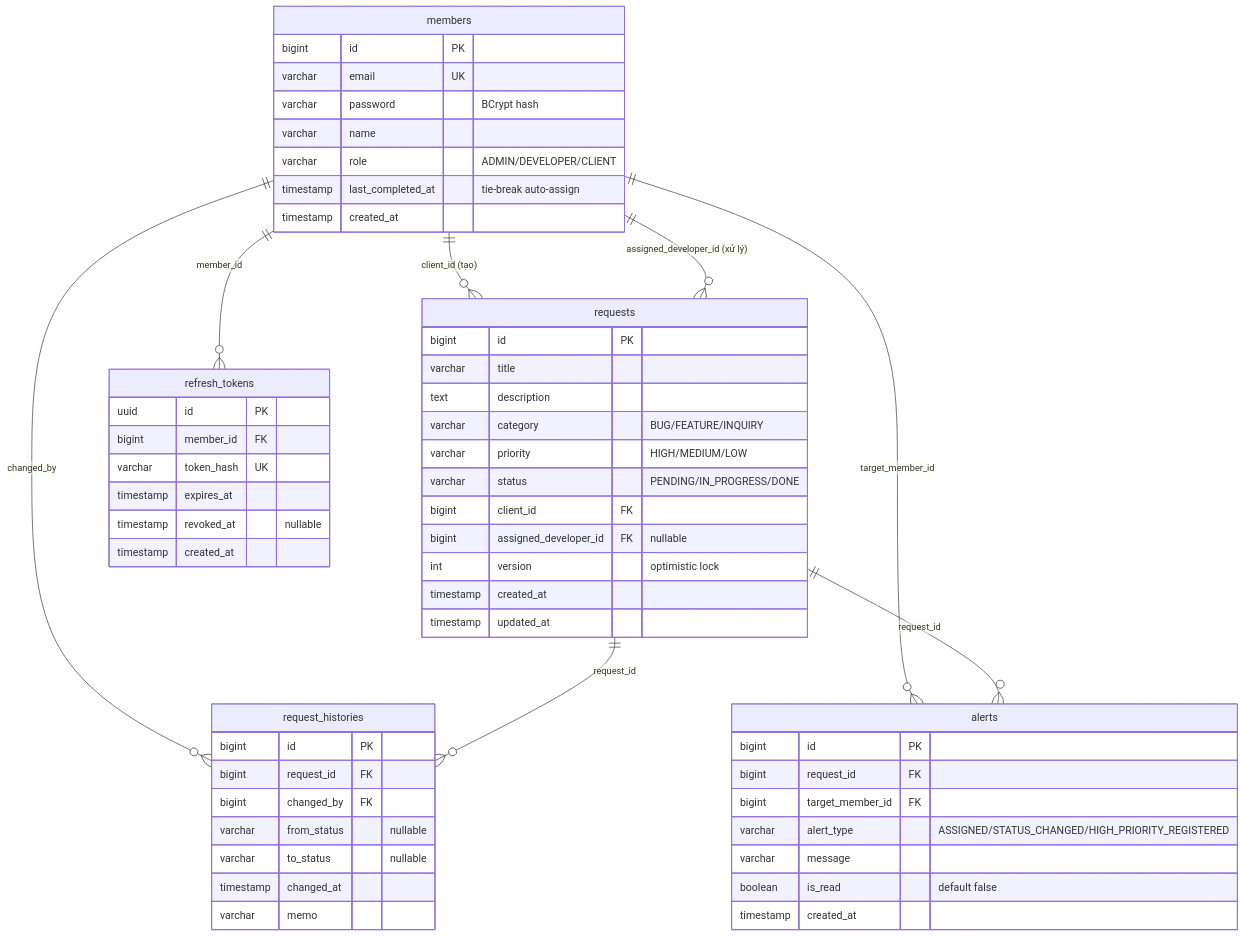
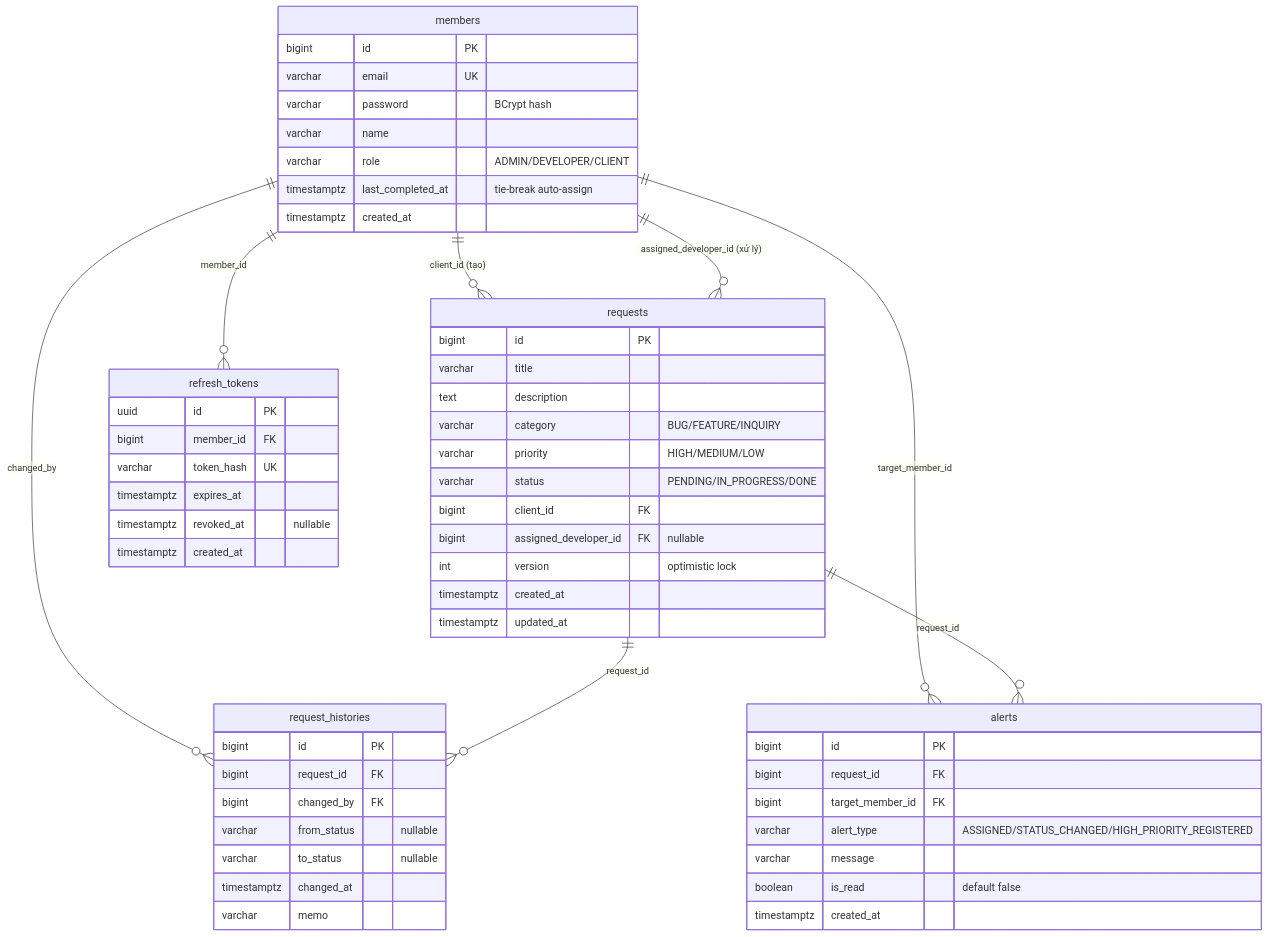
Before and after one commit to AnNguyen05092004/Customer-Request-Management-System-CRM-: the diagram in docs/ERD.md, drawn with Mermaid. The commit also changed other lines of this file and 56 other files, not shown here.

````diff
--- a/docs/ERD.md
+++ b/docs/ERD.md
@@ -25,59 +25,59 @@
 ```mermaid
 erDiagram
     members ||--o{ requests : "client_id (tạo)"
     members ||--o{ requests : "assigned_developer_id (xử lý)"
     members ||--o{ request_histories : "changed_by"
     members ||--o{ alerts : "target_member_id"
     members ||--o{ refresh_tokens : "member_id"
     requests ||--o{ request_histories : "request_id"
     requests ||--o{ alerts : "request_id"
 
     members {
         bigint id PK
         varchar email UK
         varchar password "BCrypt hash"
         varchar name
         varchar role "ADMIN/DEVELOPER/CLIENT"
-        timestamp last_completed_at "tie-break auto-assign"
-        timestamp created_at
+        timestamptz last_completed_at "tie-break auto-assign"
+        timestamptz created_at
     }
     requests {
         bigint id PK
         varchar title
         text description
         varchar category "BUG/FEATURE/INQUIRY"
         varchar priority "HIGH/MEDIUM/LOW"
         varchar status "PENDING/IN_PROGRESS/DONE"
         bigint client_id FK
         bigint assigned_developer_id FK "nullable"
         int version "optimistic lock"
-        timestamp created_at
-        timestamp updated_at
+        timestamptz created_at
+        timestamptz updated_at
     }
     request_histories {
         bigint id PK
         bigint request_id FK
         bigint changed_by FK
         varchar from_status "nullable"
         varchar to_status "nullable"
-        timestamp changed_at
+        timestamptz changed_at
         varchar memo
     }
     alerts {
         bigint id PK
         bigint request_id FK
         bigint target_member_id FK
         varchar alert_type "ASSIGNED/STATUS_CHANGED/HIGH_PRIORITY_REGISTERED"
         varchar message
         boolean is_read "default false"
-        timestamp created_at
+        timestamptz created_at
     }
     refresh_tokens {
         uuid id PK
         bigint member_id FK
         varchar token_hash UK
-        timestamp expires_at
-        timestamp revoked_at "nullable"
-        timestamp created_at
+        timestamptz expires_at
+        timestamptz revoked_at "nullable"
+        timestamptz created_at
     }
 ```
````
